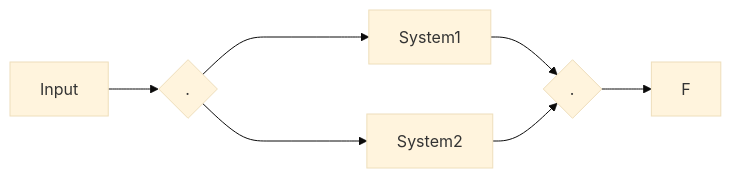
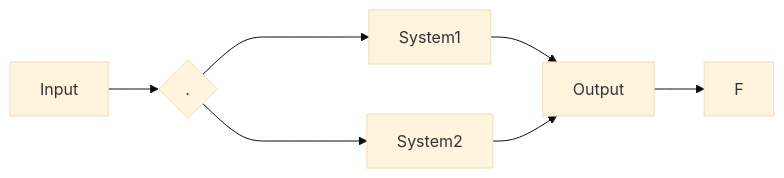
One commit to setrar/dsp changed the fourth of 4 diagrams in signal-processing/kutz/5/README.md. Above: the diagram before and after it, drawn with Mermaid (base theme).

````diff
--- a/signal-processing/kutz/5/README.md
+++ b/signal-processing/kutz/5/README.md
@@ -68,9 +68,9 @@
 ```mermaid
 flowchart LR
     A[Input] --> B{.}
     B --> C[System1]
     B ----> D[System2]
-    C --> E{.}
-    D --> E{.}
-    E --> F
+    C --> E{+}
+    D --> E{+}
+    E[Output] --> F
 ```
````
